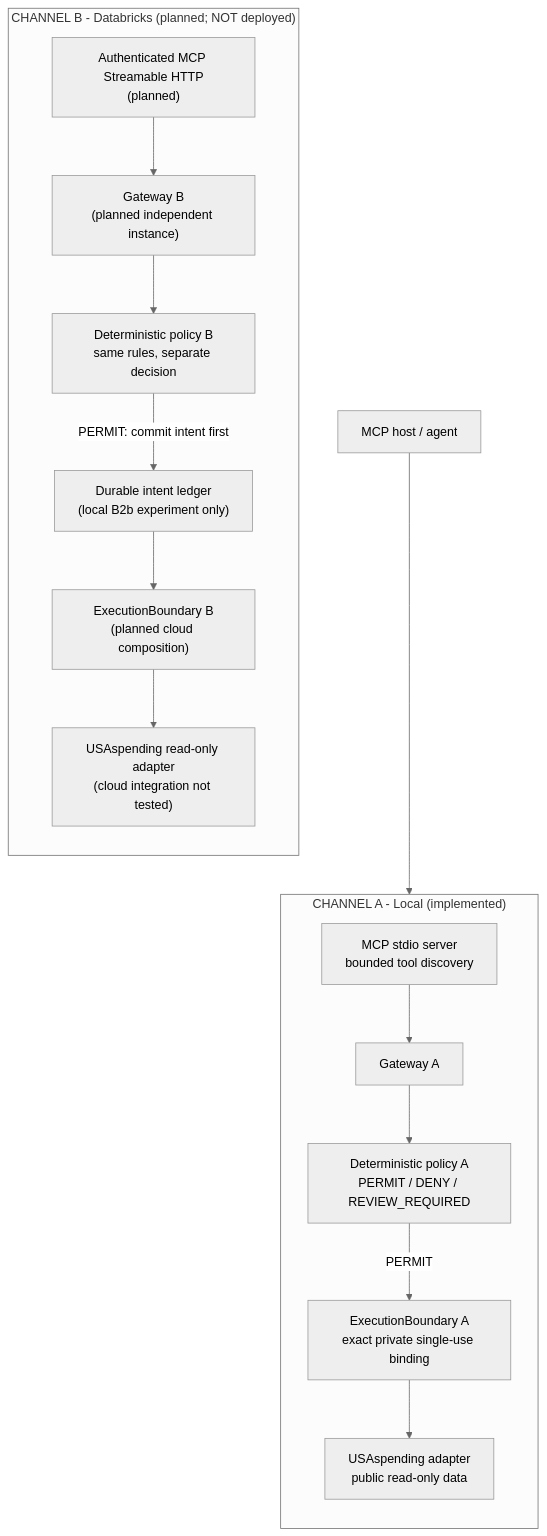
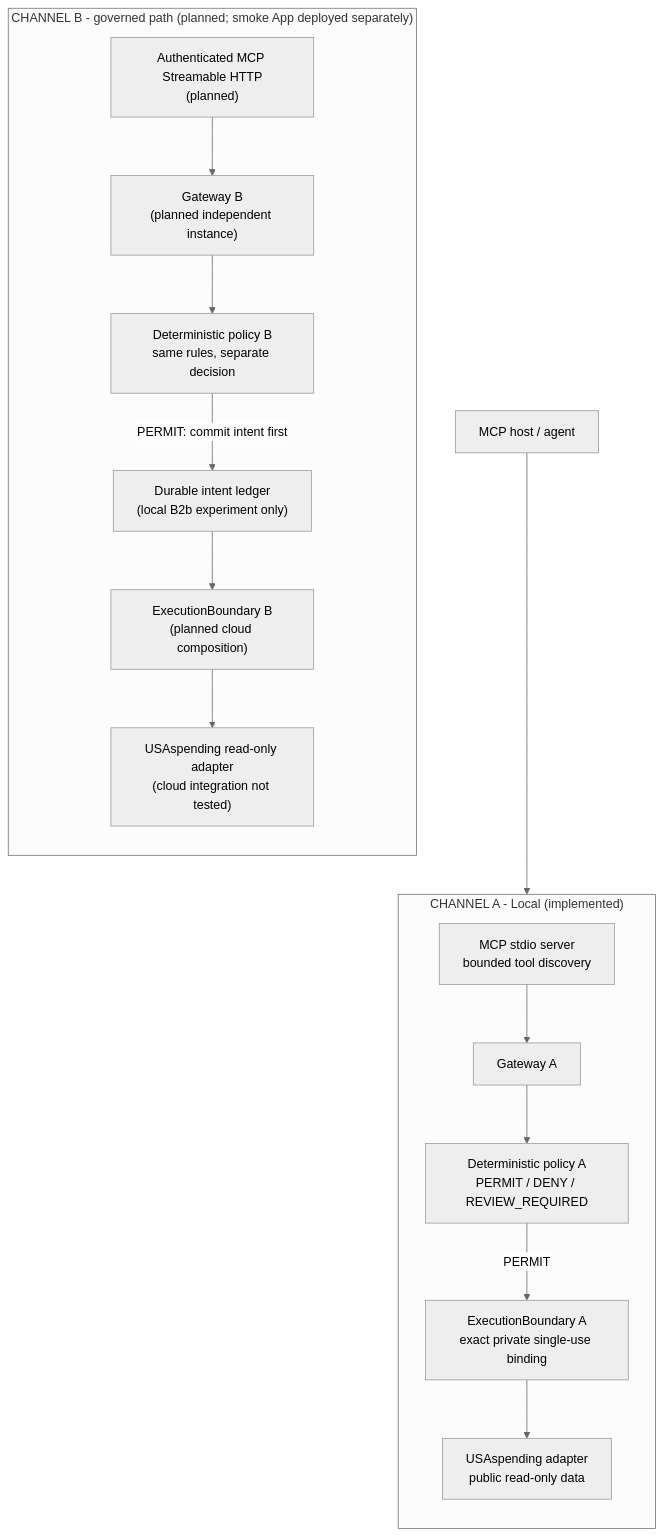
Before and after one commit to drosadocastro-bit/CIVICGATE: the first of 2 diagrams in README.md, drawn with Mermaid (neutral theme). The commit also changed other lines of this file, not shown here.

Commit message:
docs(readme): distinguish deployed Databricks smoke from governed Channel B

````diff
--- a/README.md
+++ b/README.md
@@ -11,34 +11,34 @@
 ```mermaid
 flowchart TB
     HOST["MCP host / agent"]
 
     subgraph A["CHANNEL A - Local (implemented)"]
         direction TB
         A_MCP["MCP stdio server<br/>bounded tool discovery"]
         A_GW["Gateway A"]
         A_POLICY["Deterministic policy A<br/>PERMIT / DENY / REVIEW_REQUIRED"]
         A_BOUND["ExecutionBoundary A<br/>exact private single-use binding"]
         A_API["USAspending adapter<br/>public read-only data"]
         A_MCP --> A_GW
         A_GW --> A_POLICY
         A_POLICY -->|"PERMIT"| A_BOUND
         A_BOUND --> A_API
     end
 
-    subgraph B["CHANNEL B - Databricks (planned; NOT deployed)"]
+    subgraph B["CHANNEL B - governed path (planned; smoke App deployed separately)"]
         direction TB
         B_MCP["Authenticated MCP Streamable HTTP<br/>(planned)"]
         B_GW["Gateway B<br/>(planned independent instance)"]
         B_POLICY["Deterministic policy B<br/>same rules, separate decision"]
         B_LEDGER["Durable intent ledger<br/>(local B2b experiment only)"]
         B_BOUND["ExecutionBoundary B<br/>(planned cloud composition)"]
         B_API["USAspending read-only adapter<br/>(cloud integration not tested)"]
         B_MCP --> B_GW
         B_GW --> B_POLICY
         B_POLICY -->|"PERMIT: commit intent first"| B_LEDGER
         B_LEDGER --> B_BOUND
         B_BOUND --> B_API
     end
 
     HOST --> A_MCP
 ```
````
